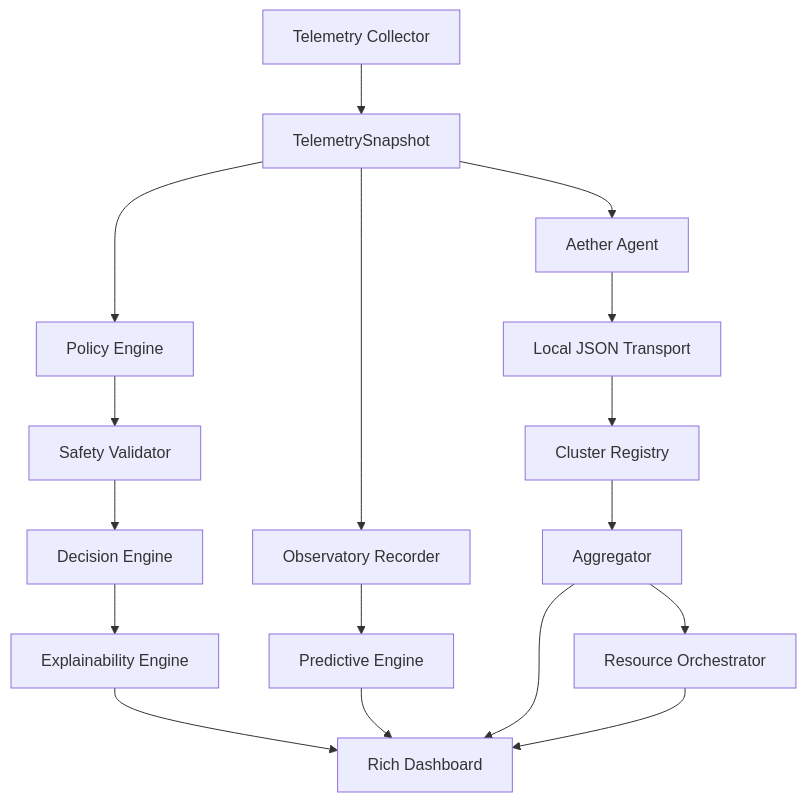
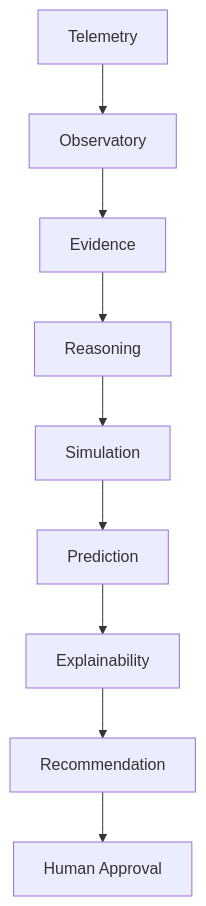
Before and after one commit to ShouryaVeggalam/AetherOS: the first of 2 diagrams in docs/architecture.md, drawn with Mermaid. The commit also changed other lines of this file and 135 other files, not shown here.

Commit message:
docs: add CELESTRA founding charter

````diff
--- a/docs/architecture.md
+++ b/docs/architecture.md
@@ -14,19 +22,11 @@
 ```mermaid
 flowchart TD
-    T[Telemetry Collector] --> SNAP[TelemetrySnapshot]
-    SNAP --> POL[Policy Engine]
-    POL --> SAFE[Safety Validator]
-    SAFE --> DEC[Decision Engine]
-    DEC --> EXP[Explainability Engine]
-    SNAP --> OBS[Observatory Recorder]
-    OBS --> PRED[Predictive Engine]
-    SNAP --> AGENT[Aether Agent]
-    AGENT --> BUS[Local JSON Transport]
-    BUS --> REG[Cluster Registry]
-    REG --> AGG[Aggregator]
-    AGG --> ORCH[Resource Orchestrator]
-    EXP --> UI[Rich Dashboard]
-    PRED --> UI
-    AGG --> UI
-    ORCH --> UI
+    T[Telemetry] --> O[Observatory]
+    O --> Ev[Evidence]
+    Ev --> R[Reasoning]
+    R --> S[Simulation]
+    S --> P[Prediction]
+    P --> X[Explainability]
+    X --> Rec[Recommendation]
+    Rec --> H[Human Approval]
 ```
````
